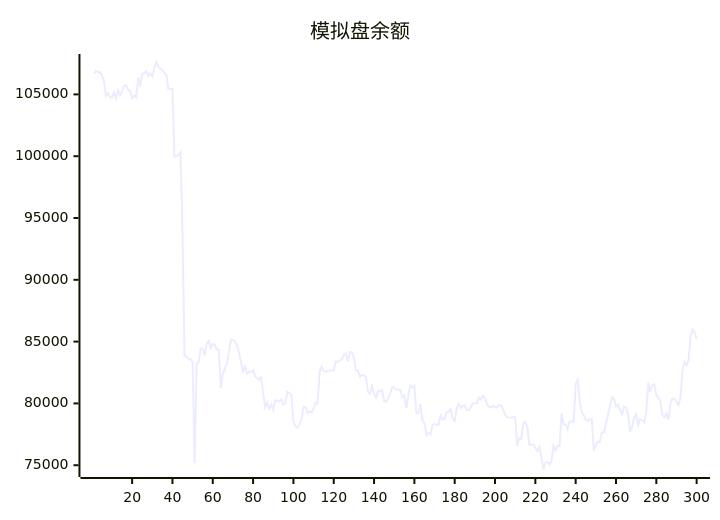
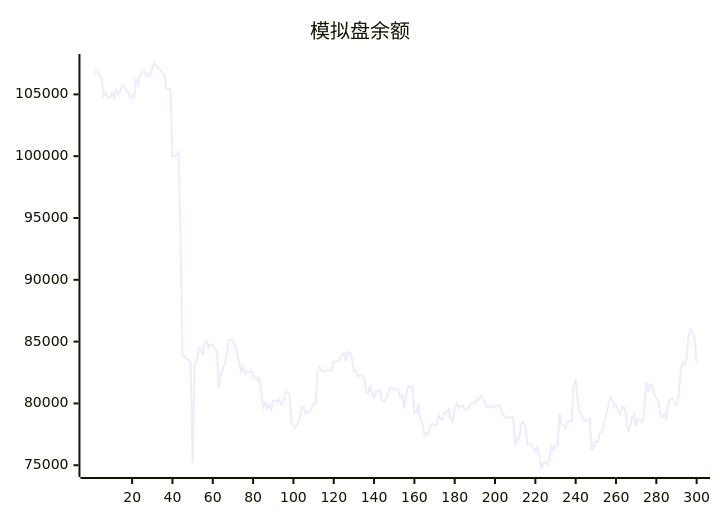
One commit to aahl/ai-trading changed the diagram in README.md. Above: the diagram before and after it, drawn with Mermaid. The commit also changed other lines of this file and 1 other file, not shown here.

````diff
--- a/README.md
+++ b/README.md
@@ -5,5 +5,5 @@
 ```mermaid
 xychart
     title "模拟盘余额"
-    line [106651,106889,106771,106816,106565,106141,104876,105103,104796,104734,105169,104690,105380,104941,105272,105709,105739,105374,105227,104691,104924,104762,106364,105628,106608,106748,106872,106485,106721,106468,107132,107620,107224,107080,107001,106717,106567,105431,105431,105440,99950,100017,100113,100337,93749,83795,83807,83567,83567,83342,75168,83222,83336,84448,84449,83896,84839,85065,84499,84757,84757,84364,84347,81254,82385,82835,83184,84099,85150,85150,85002,84751,84096,83356,82582,82983,82404,82572,82512,82688,82200,82047,81920,82125,80840,79688,80060,79552,79920,79470,80236,80208,80170,80336,79894,80006,80954,80837,80712,78561,78139,78037,78293,78682,79720,79720,79214,79372,79279,79591,80046,79993,82625,82950,82626,82571,82633,82670,82670,82681,83386,83378,83464,83579,83920,84037,83402,84160,84142,83652,82655,82655,82145,82315,82243,82163,80934,80770,81371,80742,80468,80989,80989,81067,80191,80155,80450,80737,81309,81309,81106,81119,81119,80471,80631,79624,80670,81448,81290,81429,79212,79222,79940,78643,78380,77432,77623,77504,78235,78358,78284,78277,79048,78714,78714,79290,79308,79567,78763,78563,79603,79988,79652,79813,79813,79476,79469,79673,79995,80015,80015,80486,80314,80600,80436,79966,79689,79689,79819,79692,79692,79850,79850,79518,79071,78889,78850,78850,78878,78878,76554,77202,77103,78357,78510,78106,76678,76677,76672,76411,76159,76485,75656,74695,75197,75246,75052,75334,76564,76179,76553,76551,79196,78300,78300,77944,78531,78531,78521,81564,81884,80160,79335,79055,78675,78580,78708,78764,76179,76586,76902,76876,77658,77669,78346,79023,79769,80497,80366,79761,79896,79448,79126,79749,79658,79097,77695,78114,78888,79126,78249,78738,78653,78478,79271,81680,80923,81488,81527,80681,80455,80190,79084,78879,79193,78686,79954,80403,80374,80118,79848,80491,82665,83351,83098,83525,85430,85983,85737,85221]
+    line [106889,106771,106816,106565,106141,104876,105103,104796,104734,105169,104690,105380,104941,105272,105709,105739,105374,105227,104691,104924,104762,106364,105628,106608,106748,106872,106485,106721,106468,107132,107620,107224,107080,107001,106717,106567,105431,105431,105440,99950,100017,100113,100337,93749,83795,83807,83567,83567,83342,75168,83222,83336,84448,84449,83896,84839,85065,84499,84757,84757,84364,84347,81254,82385,82835,83184,84099,85150,85150,85002,84751,84096,83356,82582,82983,82404,82572,82512,82688,82200,82047,81920,82125,80840,79688,80060,79552,79920,79470,80236,80208,80170,80336,79894,80006,80954,80837,80712,78561,78139,78037,78293,78682,79720,79720,79214,79372,79279,79591,80046,79993,82625,82950,82626,82571,82633,82670,82670,82681,83386,83378,83464,83579,83920,84037,83402,84160,84142,83652,82655,82655,82145,82315,82243,82163,80934,80770,81371,80742,80468,80989,80989,81067,80191,80155,80450,80737,81309,81309,81106,81119,81119,80471,80631,79624,80670,81448,81290,81429,79212,79222,79940,78643,78380,77432,77623,77504,78235,78358,78284,78277,79048,78714,78714,79290,79308,79567,78763,78563,79603,79988,79652,79813,79813,79476,79469,79673,79995,80015,80015,80486,80314,80600,80436,79966,79689,79689,79819,79692,79692,79850,79850,79518,79071,78889,78850,78850,78878,78878,76554,77202,77103,78357,78510,78106,76678,76677,76672,76411,76159,76485,75656,74695,75197,75246,75052,75334,76564,76179,76553,76551,79196,78300,78300,77944,78531,78531,78521,81564,81884,80160,79335,79055,78675,78580,78708,78764,76179,76586,76902,76876,77658,77669,78346,79023,79769,80497,80366,79761,79896,79448,79126,79749,79658,79097,77695,78114,78888,79126,78249,78738,78653,78478,79271,81680,80923,81488,81527,80681,80455,80190,79084,78879,79193,78686,79954,80403,80374,80118,79848,80491,82665,83351,83098,83525,85430,85983,85737,85221,83378]
 ```
````
